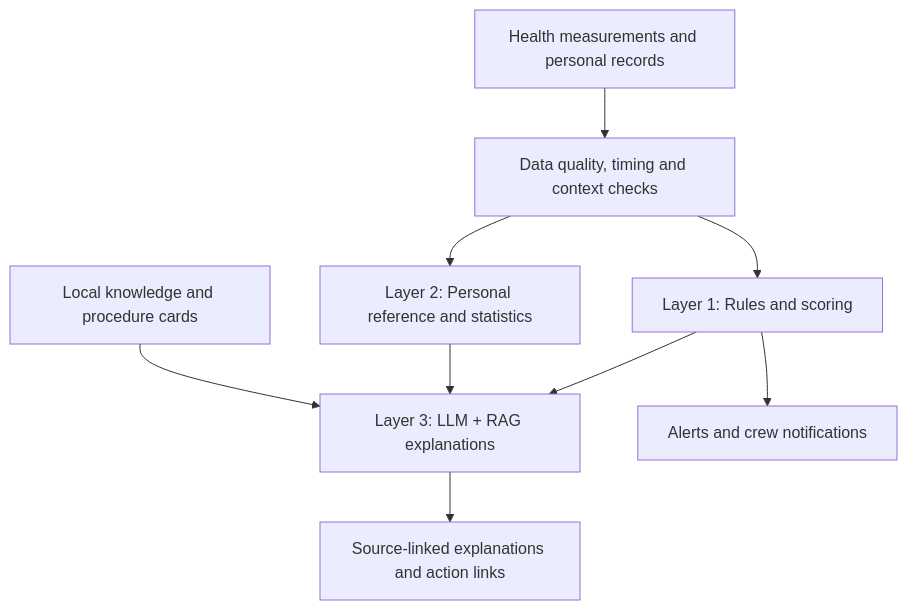
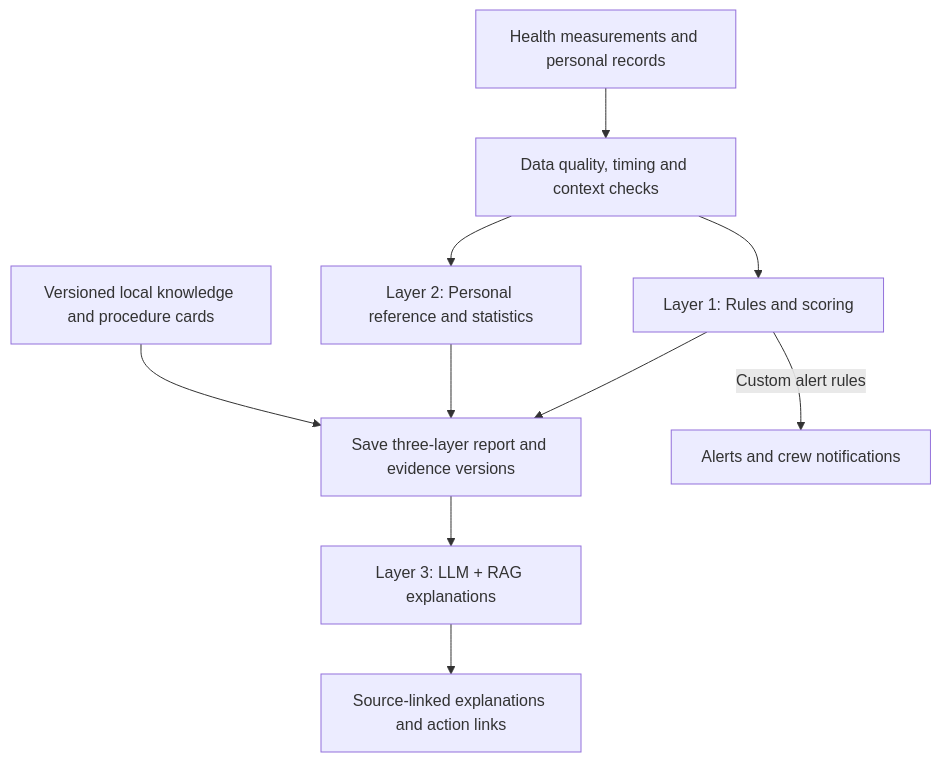
Before and after one commit to Silver369dragon/nasahackathon2026: the diagram in README.md, drawn with Mermaid. The commit also changed other lines of this file and 1 other file, not shown here.

Commit message:
docs: update completed three-layer health assessment progress

````diff
--- a/README.md
+++ b/README.md
@@ -57,11 +59,12 @@
 ```mermaid
 flowchart TD
     A["Health measurements and personal records"] --> B["Data quality, timing and context checks"]
     B --> C["Layer 1: Rules and scoring"]
     B --> D["Layer 2: Personal reference and statistics"]
-    C --> E["Layer 3: LLM + RAG explanations"]
-    D --> E
-    K["Local knowledge and procedure cards"] --> E
-    C --> F["Alerts and crew notifications"]
+    C --> R["Save three-layer report and evidence versions"]
+    D --> R
+    K["Versioned local knowledge and procedure cards"] --> R
+    R --> E["Layer 3: LLM + RAG explanations"]
+    C -->|Custom alert rules| F["Alerts and crew notifications"]
     E --> G["Source-linked explanations and action links"]
 ```
````
